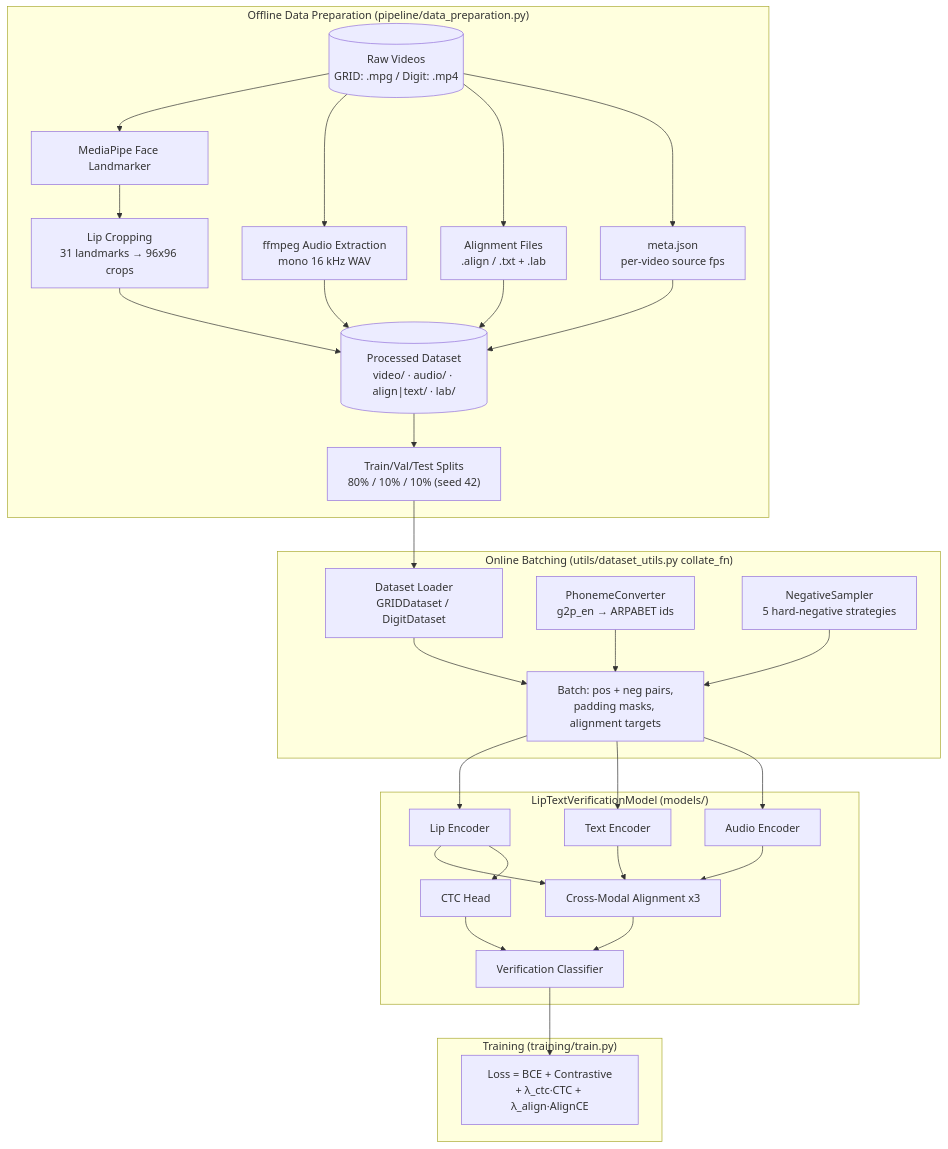
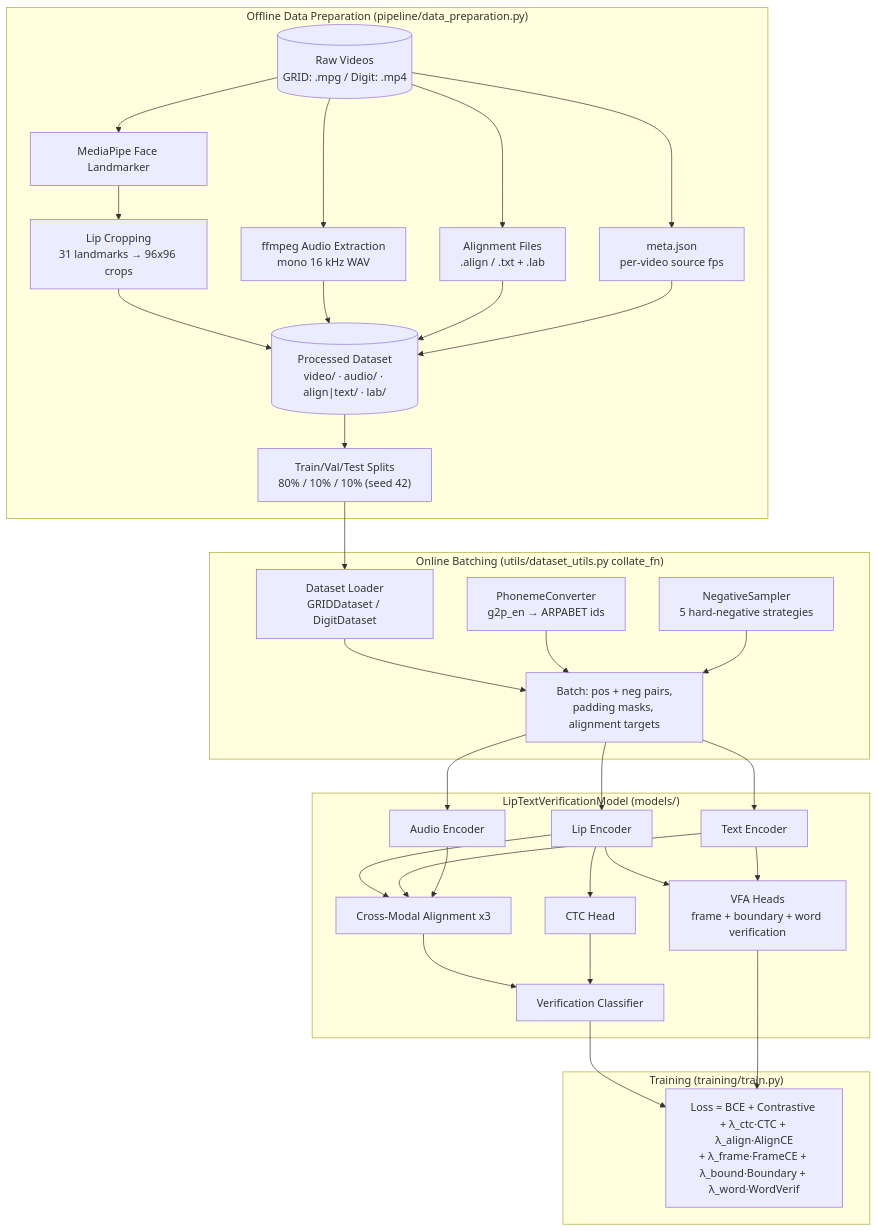
The first of 7 diagrams in architecture.md (turinaf/liptev), drawn with Mermaid before and after one commit. The commit also changed other lines of this file and 1 other file, not shown here.

Commit message:
docs: VFA heads architecture and inference JSON usage

````diff
--- a/architecture.md
+++ b/architecture.md
@@ -11,49 +11,52 @@
 ```mermaid
 flowchart TD
     subgraph OFFLINE["Offline Data Preparation (pipeline/data_preparation.py)"]
         RAW[("Raw Videos<br/>GRID: .mpg / Digit: .mp4")]
         MP["MediaPipe Face Landmarker"]
         LIP["Lip Cropping<br/>31 landmarks → 96x96 crops"]
         AUD["ffmpeg Audio Extraction<br/>mono 16 kHz WAV"]
         ALN["Alignment Files<br/>.align / .txt + .lab"]
         META["meta.json<br/>per-video source fps"]
         PROC[("Processed Dataset<br/>video/ · audio/ · align|text/ · lab/")]
         SPLIT["Train/Val/Test Splits<br/>80% / 10% / 10% (seed 42)"]
         RAW --> MP --> LIP --> PROC
         RAW --> AUD --> PROC
         RAW --> ALN --> PROC
         RAW --> META --> PROC
         PROC --> SPLIT
     end
 
     subgraph ONLINE["Online Batching (utils/dataset_utils.py collate_fn)"]
         DS["Dataset Loader<br/>GRIDDataset / DigitDataset"]
         G2P["PhonemeConverter<br/>g2p_en → ARPABET ids"]
         NS["NegativeSampler<br/>5 hard-negative strategies"]
         BATCH["Batch: pos + neg pairs,<br/>padding masks, alignment targets"]
         DS --> BATCH
         G2P --> BATCH
         NS --> BATCH
     end
 
     SPLIT --> DS
 
     subgraph MODEL["LipTextVerificationModel (models/)"]
         LE["Lip Encoder"]
         TE["Text Encoder"]
         AE["Audio Encoder"]
         CMA["Cross-Modal Alignment x3"]
         CTC["CTC Head"]
+        VFA["VFA Heads<br/>frame + boundary + word verification"]
         CLF["Verification Classifier"]
     end
 
     BATCH --> LE & TE & AE
     LE & TE & AE --> CMA
     LE --> CTC
+    LE & TE --> VFA
     CMA & CTC --> CLF
 
     subgraph TRAIN["Training (training/train.py)"]
-        L["Loss = BCE + Contrastive<br/>+ λ_ctc·CTC + λ_align·AlignCE"]
+        L["Loss = BCE + Contrastive + λ_ctc·CTC + λ_align·AlignCE<br/>+ λ_frame·FrameCE + λ_bound·Boundary + λ_word·WordVerif"]
     end
     CLF --> L
+    VFA --> L
 ```
````
